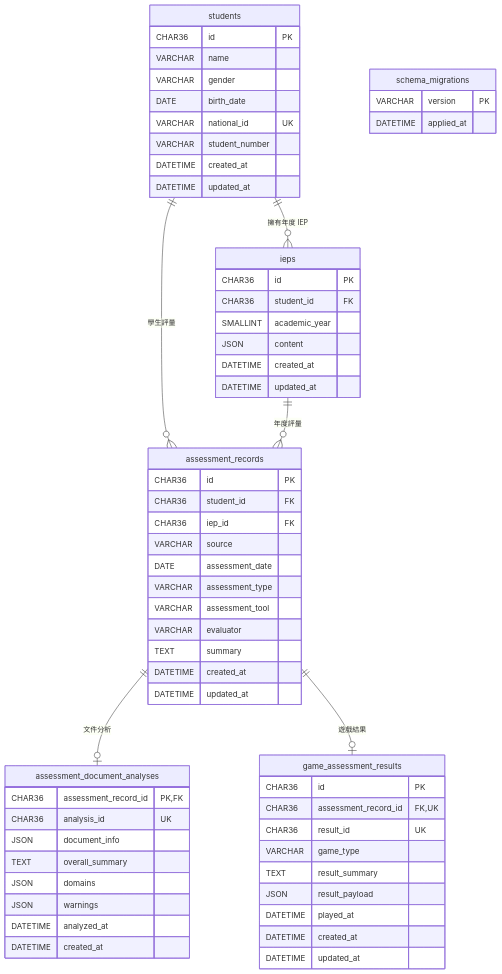
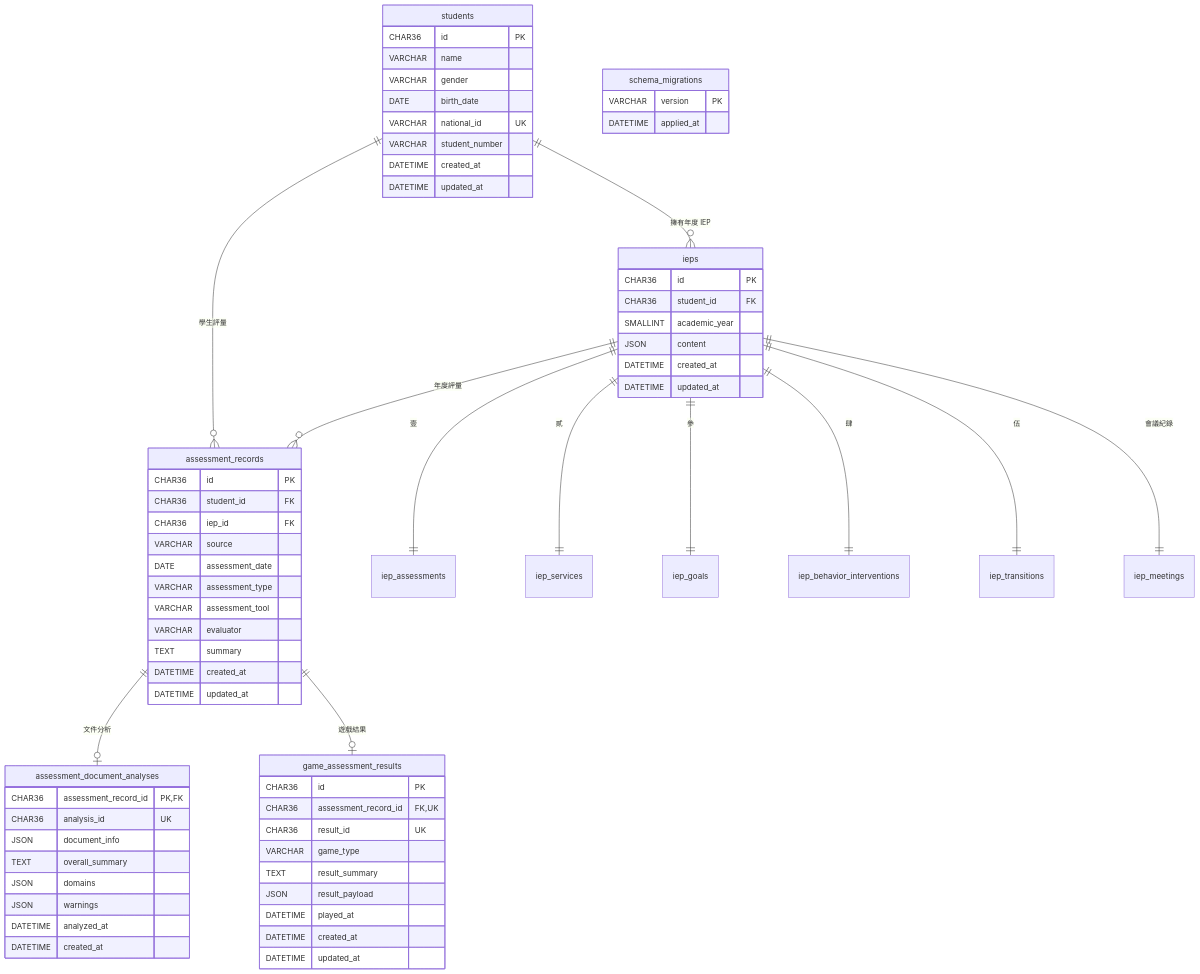
Before and after one commit to 100205ivan/IEP: the diagram in README.md, drawn with Mermaid. The commit also changed other lines of this file, not shown here.

Commit message:
完成 IEP 分章資料庫文件與驗證指引

```diff
--- a/README.md
+++ b/README.md
@@ -175,65 +200,71 @@
 ~~~mermaid
 erDiagram
     students ||--o{ ieps : "擁有年度 IEP"
     students ||--o{ assessment_records : "學生評量"
     ieps ||--o{ assessment_records : "年度評量"
+    ieps ||--|| iep_assessments : "壹"
+    ieps ||--|| iep_services : "貳"
+    ieps ||--|| iep_goals : "參"
+    ieps ||--|| iep_behavior_interventions : "肆"
+    ieps ||--|| iep_transitions : "伍"
+    ieps ||--|| iep_meetings : "會議紀錄"
     assessment_records ||--o| assessment_document_analyses : "文件分析"
     assessment_records ||--o| game_assessment_results : "遊戲結果"
 
     students {
         CHAR36 id PK
         VARCHAR name
         VARCHAR gender
         DATE birth_date
         VARCHAR national_id UK
         VARCHAR student_number
         DATETIME created_at
         DATETIME updated_at
     }
     ieps {
         CHAR36 id PK
         CHAR36 student_id FK
         SMALLINT academic_year
         JSON content
         DATETIME created_at
         DATETIME updated_at
     }
     assessment_records {
         CHAR36 id PK
         CHAR36 student_id FK
         CHAR36 iep_id FK
         VARCHAR source
         DATE assessment_date
         VARCHAR assessment_type
         VARCHAR assessment_tool
         VARCHAR evaluator
         TEXT summary
         DATETIME created_at
         DATETIME updated_at
     }
     assessment_document_analyses {
         CHAR36 assessment_record_id PK, FK
         CHAR36 analysis_id UK
         JSON document_info
         TEXT overall_summary
         JSON domains
         JSON warnings
         DATETIME analyzed_at
         DATETIME created_at
     }
     game_assessment_results {
         CHAR36 id PK
         CHAR36 assessment_record_id FK, UK
         CHAR36 result_id UK
         VARCHAR game_type
         TEXT result_summary
         JSON result_payload
         DATETIME played_at
         DATETIME created_at
         DATETIME updated_at
     }
     schema_migrations {
         VARCHAR version PK
         DATETIME applied_at
     }
 ~~~
```
